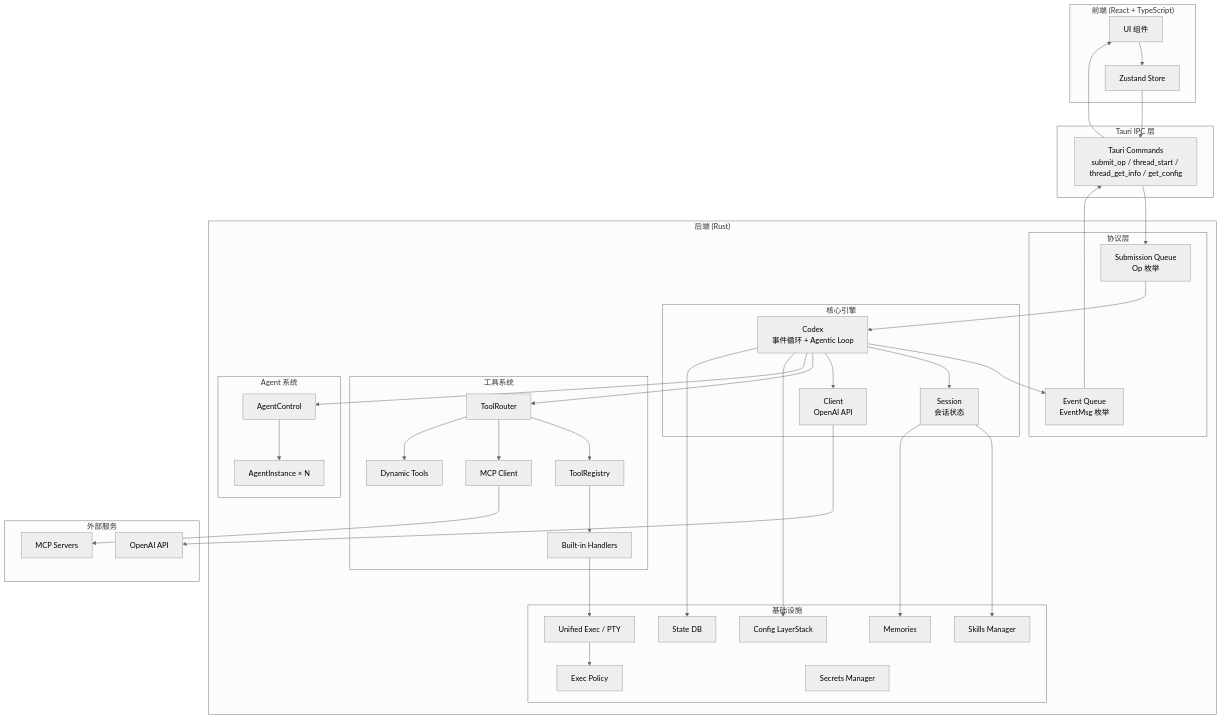
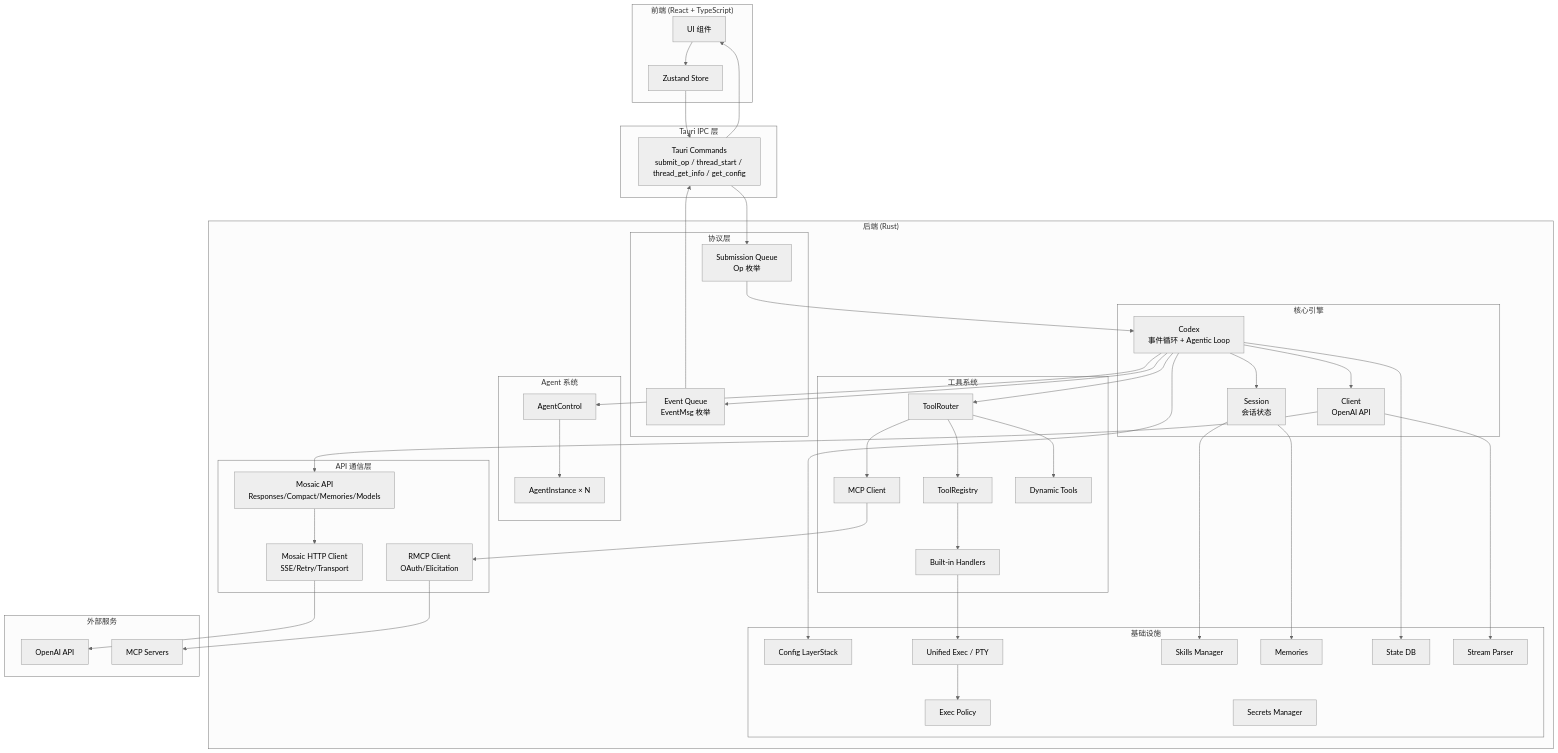
The first of 4 diagrams in docs/architecture/07-system-architecture.md (hijimo/Mosaic-Desktop), drawn with Mermaid (neutral theme) before and after one commit. The commit also changed 48 other files, not shown here.

First line of the commit message:
feat: scaffold frontend architecture with MUI, routing, and testing infra

```diff
--- a/docs/architecture/07-system-architecture.md
+++ b/docs/architecture/07-system-architecture.md
@@ -46,6 +46,13 @@
             Memories[Memories]
             State[State DB]
             Secrets[Secrets Manager]
+            StreamParser[Stream Parser]
+        end
+
+        subgraph ApiLayer["API 通信层"]
+            MosaicApi[Mosaic API<br/>Responses/Compact/Memories/Models]
+            MosaicClient[Mosaic HTTP Client<br/>SSE/Retry/Transport]
+            RmcpClient[RMCP Client<br/>OAuth/Elicitation]
         end
     end
 
@@ -66,14 +73,18 @@
     Codex --> Client
     Codex --> Router
 
-    Client --> API
+    Client --> MosaicApi
+    MosaicApi --> MosaicClient
+    MosaicClient --> API
     Router --> Registry
     Router --> MCPClient
     Router --> DynTools
     Registry --> Handlers
-    MCPClient --> MCPServers
+    MCPClient --> RmcpClient
+    RmcpClient --> MCPServers
     Handlers --> Exec
     Exec --> Policy
+    Client --> StreamParser
 
     Codex --> Control
     Control --> Instances
```
